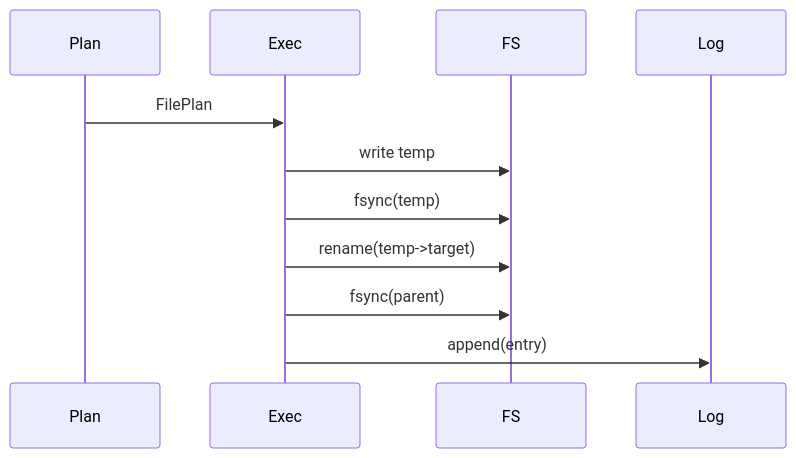
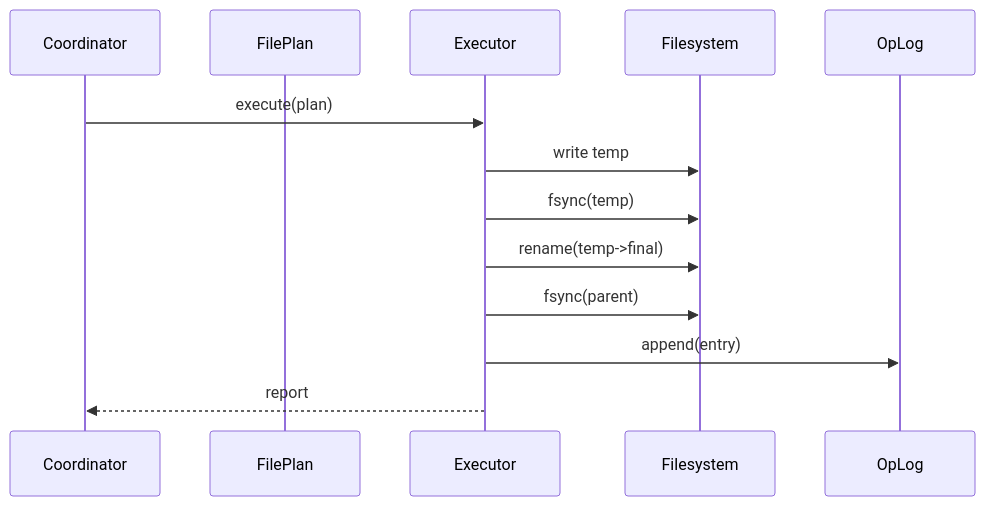
One commit to agustinvalencia/mdvault changed diagram 12 of 22 in docs/01_development_plan.md. Above: the diagram before and after it, drawn with Mermaid. The commit also changed other lines of this file and 2 other files, not shown here.

````diff
--- a/docs/01_development_plan.md
+++ b/docs/01_development_plan.md
@@ -319,14 +320,15 @@
 ```mermaid
 sequenceDiagram
-  participant Plan
-  participant Exec
-  participant FS
-  participant Log
-
-  Plan->>Exec: FilePlan
+  participant Coord as Coordinator
+  participant Plan as FilePlan
+  participant Exec as Executor
+  participant FS as Filesystem
+  participant Log as OpLog
+  Coord->>Exec: execute(plan)
   Exec->>FS: write temp
   Exec->>FS: fsync(temp)
-  Exec->>FS: rename(temp->target)
+  Exec->>FS: rename(temp->final)
   Exec->>FS: fsync(parent)
   Exec->>Log: append(entry)
+  Exec-->>Coord: report
 ```
````
